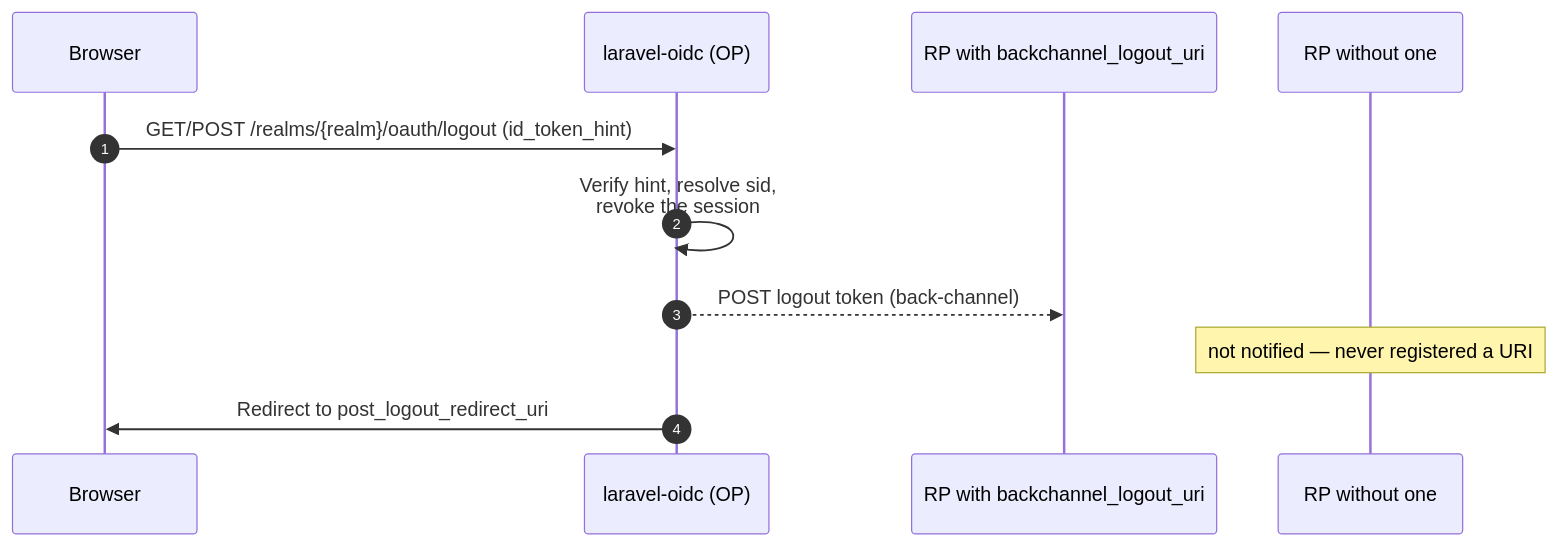
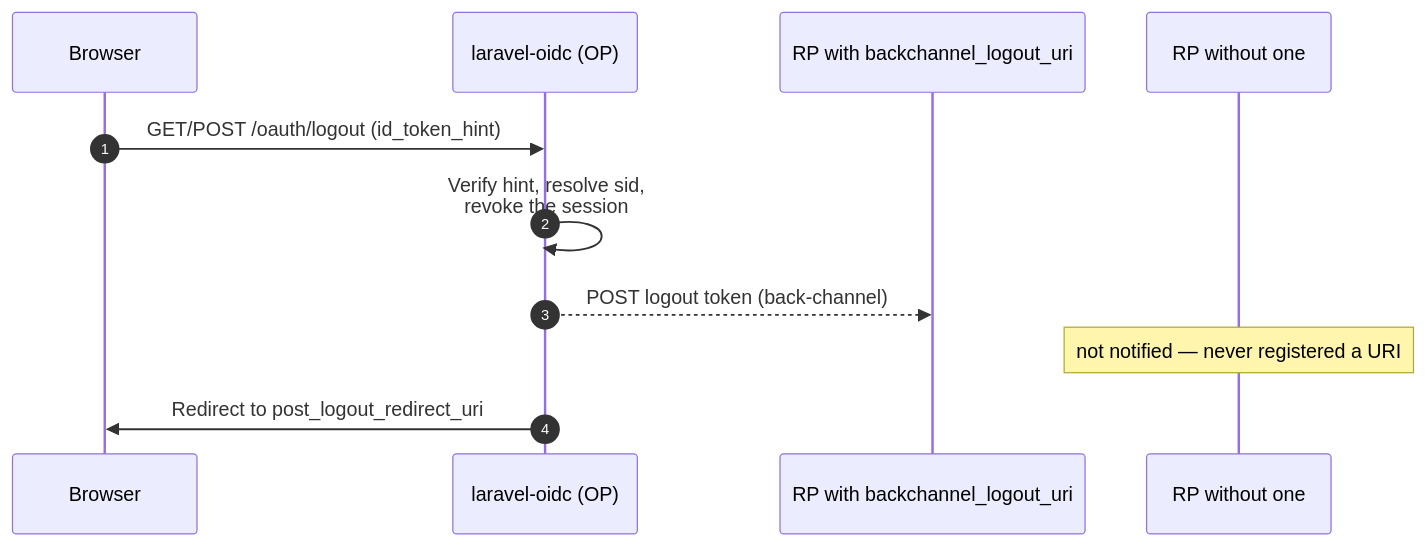
The diagram in docs/content/docs/provider/logout.md (bambamboole/laravel-oidc), drawn with Mermaid before and after one commit. The commit also changed other lines of this file and 69 other files, not shown here.

````diff
--- a/docs/content/docs/provider/logout.md
+++ b/docs/content/docs/provider/logout.md
@@ -82,14 +82,14 @@
 ```mermaid
 sequenceDiagram
     autonumber
     participant B as Browser
     participant OP as laravel-oidc (OP)
     participant RP1 as RP with backchannel_logout_uri
     participant RP2 as RP without one
 
-    B->>OP: GET/POST /realms/{realm}/oauth/logout (id_token_hint)
+    B->>OP: GET/POST /oauth/logout (id_token_hint)
     OP->>OP: Verify hint, resolve sid,<br/>revoke the session
     OP-->>RP1: POST logout token (back-channel)
     Note over RP2: not notified — never registered a URI
     OP->>B: Redirect to post_logout_redirect_uri
 ```
````
